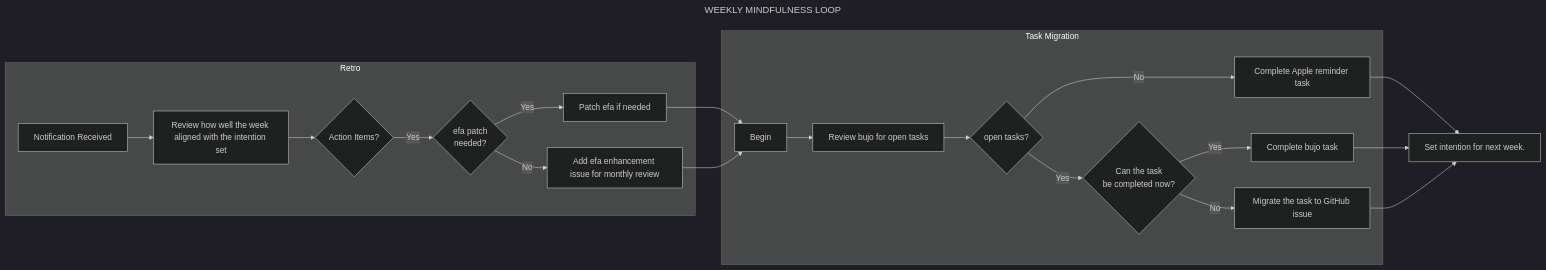
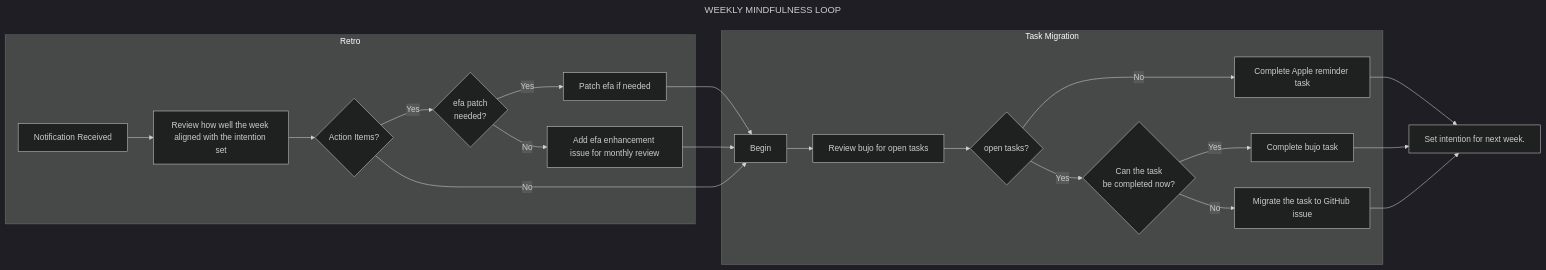
The second of 4 diagrams in executive-functioning-process.md (k4mp3r/executive-functioning-assistant-public), drawn with Mermaid (dark theme) before and after one commit.

````diff
--- a/executive-functioning-process.md
+++ b/executive-functioning-process.md
@@ -46,24 +46,25 @@
 ```mermaid
 ---
 title: WEEKLY MINDFULNESS LOOP
 ---
 flowchart LR
     E1 & F1 --> A2
+    C1 -->|No| A2
     D2 & F2 & G2 --> H2
     subgraph Retro
         A1[Notification Received] --> B1[Review how well the week aligned with the intention set]
         B1 --> C1{Action Items?}
         C1 -->|Yes| D1{efa patch\nneeded?}
         D1 -->|Yes| E1[Patch efa if needed]
         D1 -->|No| F1[Add efa enhancement issue for monthly review]
     end
     subgraph Task Migration
         A2[Begin] --> B2[Review bujo for open tasks]
         B2 --> C2{open tasks?}
         C2 -->|No| D2[Complete Apple reminder task]
         C2 -->|Yes| E2{Can the task\nbe completed now?}
         E2 -->|Yes| F2[Complete bujo task]
         E2 -->|No| G2[Migrate the task to GitHub issue]
     end
     H2[Set intention for next week.]
 ```
````
